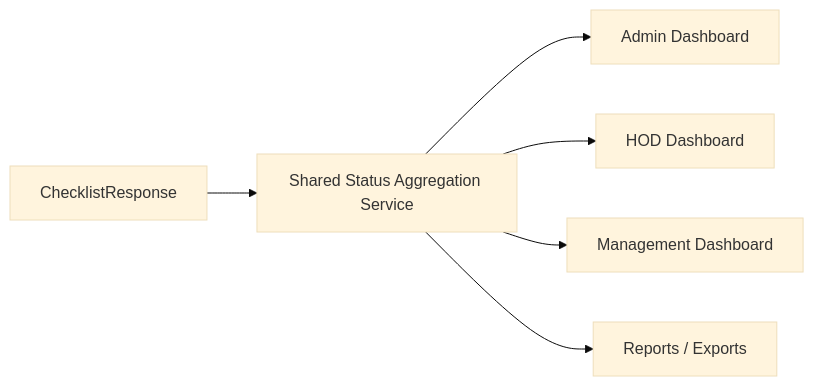
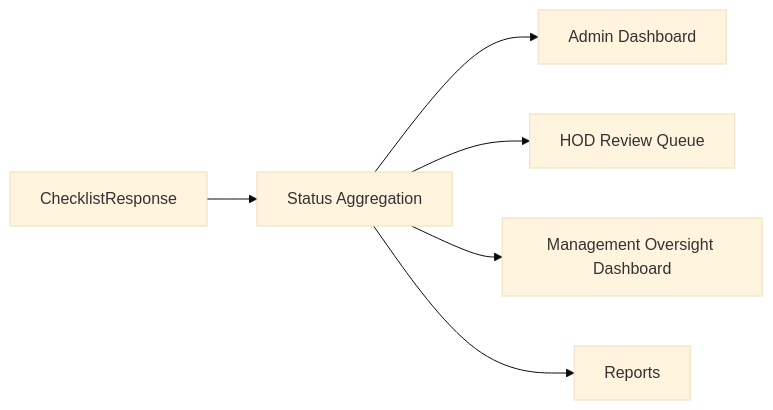
The third of 4 diagrams in WORKFLOW_REDESIGN_PROPOSAL.md (TheSyntaxWriter/QCMS), drawn with Mermaid (base theme) before and after one commit. The commit also changed other lines of this file and 1 other file, not shown here.

Commit message:
Update workflow design for HOD approval model

````diff
--- a/WORKFLOW_REDESIGN_PROPOSAL.md
+++ b/WORKFLOW_REDESIGN_PROPOSAL.md
@@ -282,8 +134,8 @@
 ```mermaid
 flowchart LR
-    R["ChecklistResponse"] --> S["Shared Status Aggregation Service"]
-    S --> AD["Admin Dashboard"]
-    S --> HD["HOD Dashboard"]
-    S --> MD["Management Dashboard"]
-    S --> RP["Reports / Exports"]
+    R["ChecklistResponse"] --> S["Status Aggregation"]
+    S --> A["Admin Dashboard"]
+    S --> H["HOD Review Queue"]
+    S --> M["Management Oversight Dashboard"]
+    S --> P["Reports"]
 ```
````
